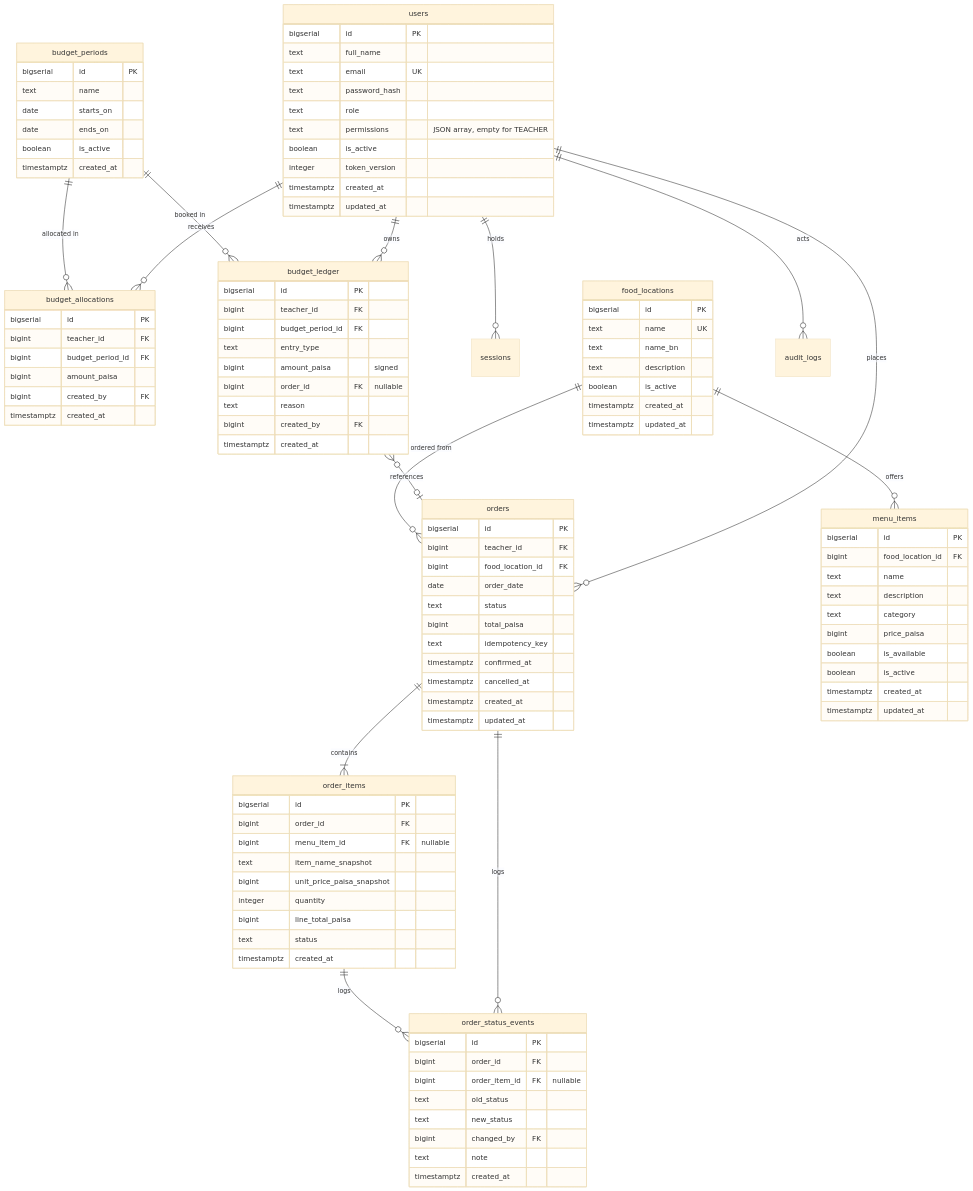
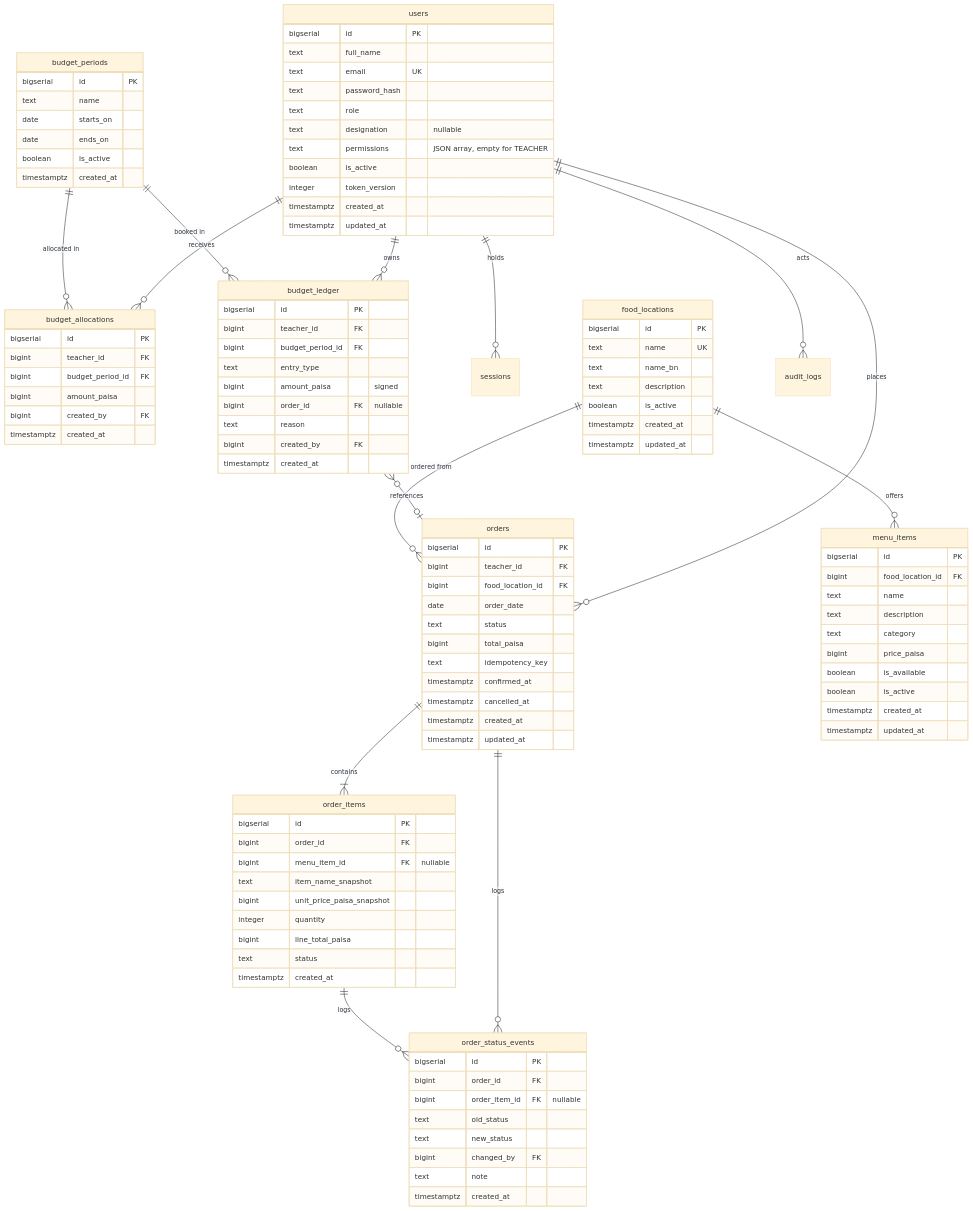
The diagram in docs/database.md (Dutta-Pushpa/ju-meal-management), drawn with Mermaid (base theme) before and after one commit. The commit also changed other lines of this file and 18 other files, not shown here.

```diff
--- a/docs/database.md
+++ b/docs/database.md
@@ -41,6 +41,7 @@
         text email UK
         text password_hash
         text role
+        text designation "nullable"
         text permissions "JSON array, empty for TEACHER"
         boolean is_active
         integer token_version
```
